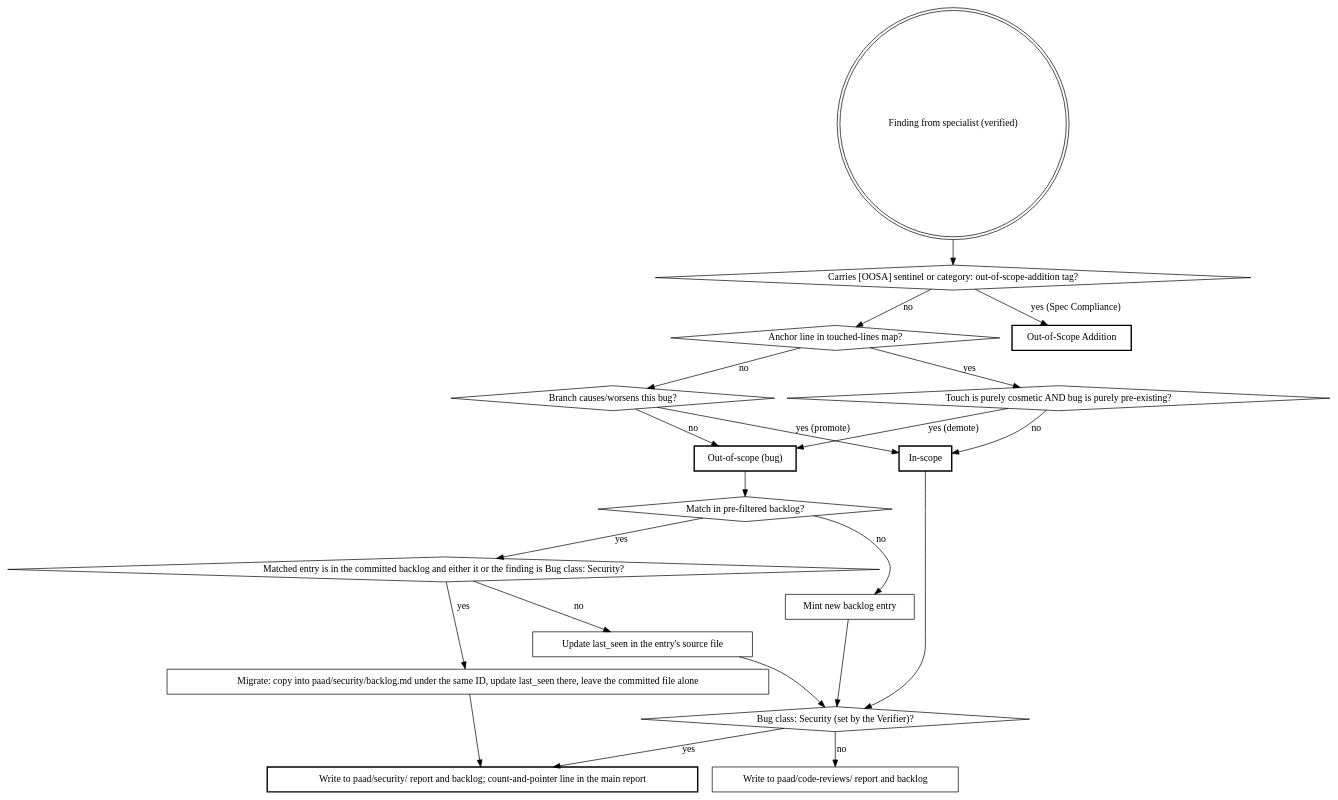
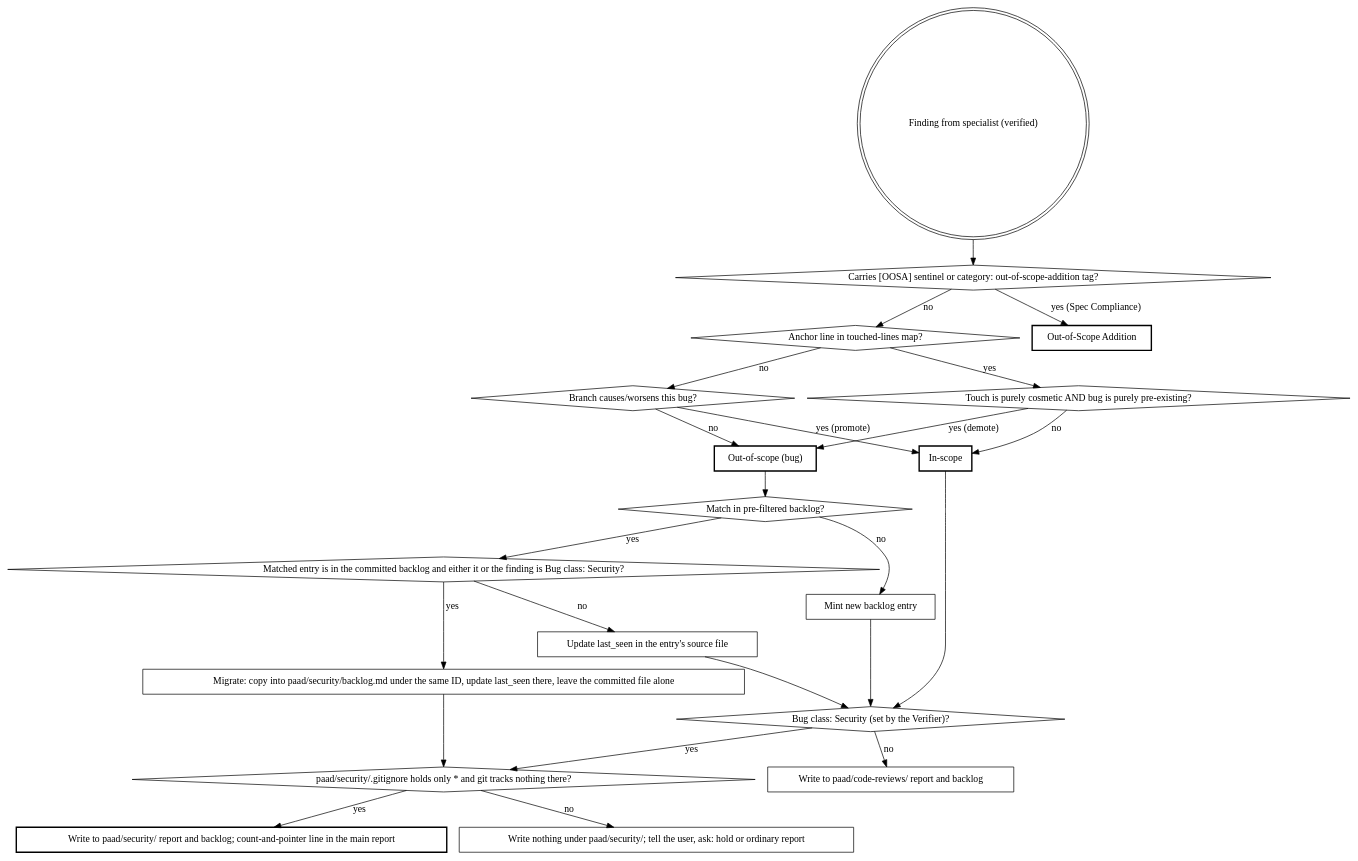
Before and after one commit to Ovid/paad: the first of 2 diagrams in preview/paad/skills/agentic-review/SKILL.md, drawn with Graphviz. The commit also changed 5 other files, not shown here.

First line of the commit message:
Producer digraphs: gate every paad/security/ write on the .gitignore check

````diff
--- a/preview/paad/skills/agentic-review/SKILL.md
+++ b/preview/paad/skills/agentic-review/SKILL.md
@@ -22,42 +22,46 @@
 ```dot
 digraph classification {
   "Finding from specialist (verified)" [shape=doublecircle];
   "Carries [OOSA] sentinel or category: out-of-scope-addition tag?" [shape=diamond];
   "Anchor line in touched-lines map?" [shape=diamond];
   "Branch causes/worsens this bug?" [shape=diamond];
   "Touch is purely cosmetic AND bug is purely pre-existing?" [shape=diamond];
   "Match in pre-filtered backlog?" [shape=diamond];
   "Matched entry is in the committed backlog and either it or the finding is Bug class: Security?" [shape=diamond];
 
   "In-scope" [shape=box, style=bold];
   "Out-of-scope (bug)" [shape=box, style=bold];
   "Out-of-Scope Addition" [shape=box, style=bold];
   "Update last_seen in the entry's source file" [shape=box];
   "Mint new backlog entry" [shape=box];
   "Migrate: copy into paad/security/backlog.md under the same ID, update last_seen there, leave the committed file alone" [shape=box];
   "Bug class: Security (set by the Verifier)?" [shape=diamond];
   "Write to paad/security/ report and backlog; count-and-pointer line in the main report" [shape=box, style=bold];
+  "paad/security/.gitignore holds only * and git tracks nothing there?" [shape=diamond];
+  "Write nothing under paad/security/; tell the user, ask: hold or ordinary report" [shape=box];
   "Write to paad/code-reviews/ report and backlog" [shape=box];
 
   "Finding from specialist (verified)" -> "Carries [OOSA] sentinel or category: out-of-scope-addition tag?";
   "Carries [OOSA] sentinel or category: out-of-scope-addition tag?" -> "Out-of-Scope Addition" [label="yes (Spec Compliance)"];
   "Carries [OOSA] sentinel or category: out-of-scope-addition tag?" -> "Anchor line in touched-lines map?" [label="no"];
   "Anchor line in touched-lines map?" -> "Touch is purely cosmetic AND bug is purely pre-existing?" [label="yes"];
   "Anchor line in touched-lines map?" -> "Branch causes/worsens this bug?" [label="no"];
   "Touch is purely cosmetic AND bug is purely pre-existing?" -> "Out-of-scope (bug)" [label="yes (demote)"];
   "Touch is purely cosmetic AND bug is purely pre-existing?" -> "In-scope" [label="no"];
   "Branch causes/worsens this bug?" -> "In-scope" [label="yes (promote)"];
   "Branch causes/worsens this bug?" -> "Out-of-scope (bug)" [label="no"];
   "Out-of-scope (bug)" -> "Match in pre-filtered backlog?";
   "Match in pre-filtered backlog?" -> "Matched entry is in the committed backlog and either it or the finding is Bug class: Security?" [label="yes"];
   "Matched entry is in the committed backlog and either it or the finding is Bug class: Security?" -> "Migrate: copy into paad/security/backlog.md under the same ID, update last_seen there, leave the committed file alone" [label="yes"];
   "Matched entry is in the committed backlog and either it or the finding is Bug class: Security?" -> "Update last_seen in the entry's source file" [label="no"];
-  "Migrate: copy into paad/security/backlog.md under the same ID, update last_seen there, leave the committed file alone" -> "Write to paad/security/ report and backlog; count-and-pointer line in the main report";
+  "Migrate: copy into paad/security/backlog.md under the same ID, update last_seen there, leave the committed file alone" -> "paad/security/.gitignore holds only * and git tracks nothing there?";
   "Match in pre-filtered backlog?" -> "Mint new backlog entry" [label="no"];
   "In-scope" -> "Bug class: Security (set by the Verifier)?";
   "Update last_seen in the entry's source file" -> "Bug class: Security (set by the Verifier)?";
   "Mint new backlog entry" -> "Bug class: Security (set by the Verifier)?";
-  "Bug class: Security (set by the Verifier)?" -> "Write to paad/security/ report and backlog; count-and-pointer line in the main report" [label="yes"];
+  "Bug class: Security (set by the Verifier)?" -> "paad/security/.gitignore holds only * and git tracks nothing there?" [label="yes"];
+  "paad/security/.gitignore holds only * and git tracks nothing there?" -> "Write to paad/security/ report and backlog; count-and-pointer line in the main report" [label="yes"];
+  "paad/security/.gitignore holds only * and git tracks nothing there?" -> "Write nothing under paad/security/; tell the user, ask: hold or ordinary report" [label="no"];
   "Bug class: Security (set by the Verifier)?" -> "Write to paad/code-reviews/ report and backlog" [label="no"];
 }
 ```
````
